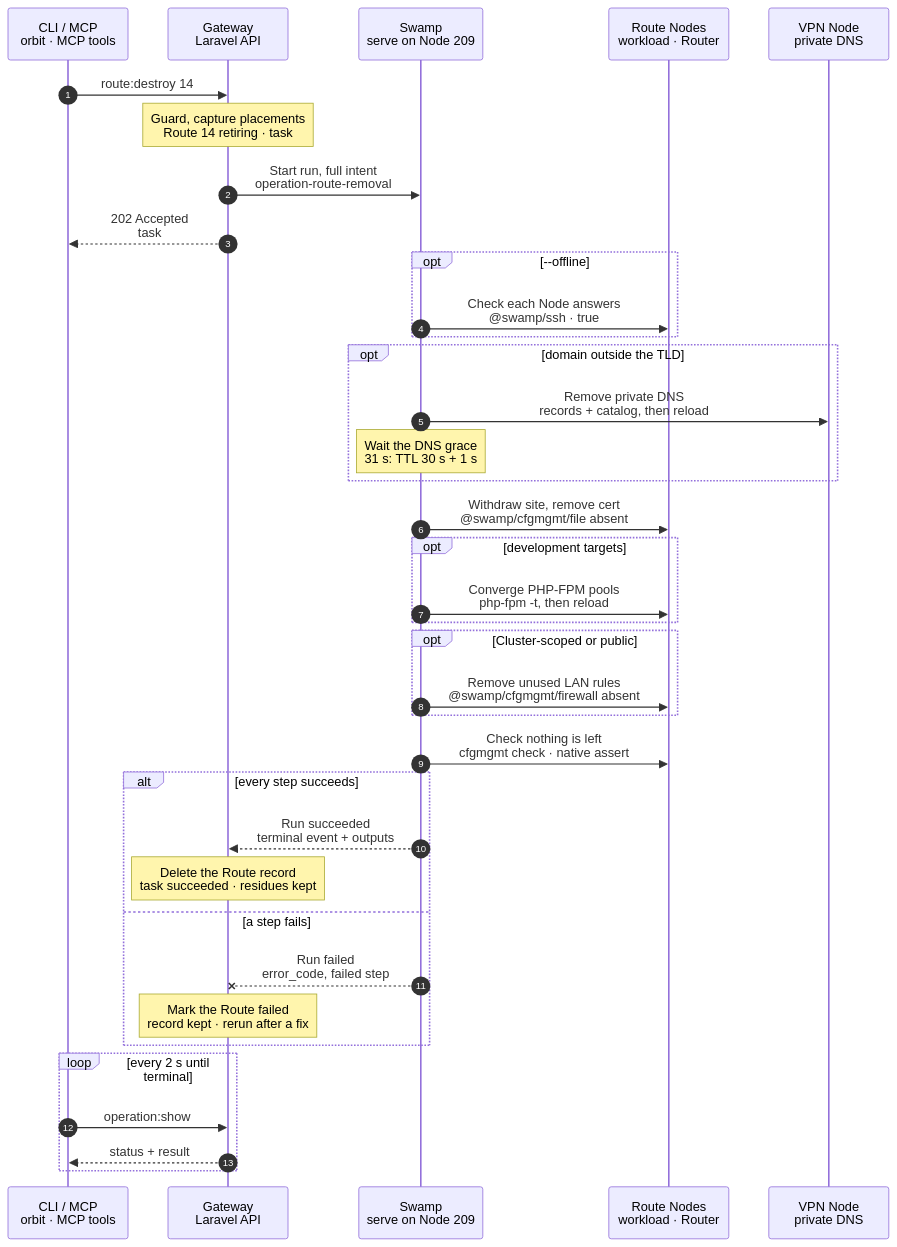
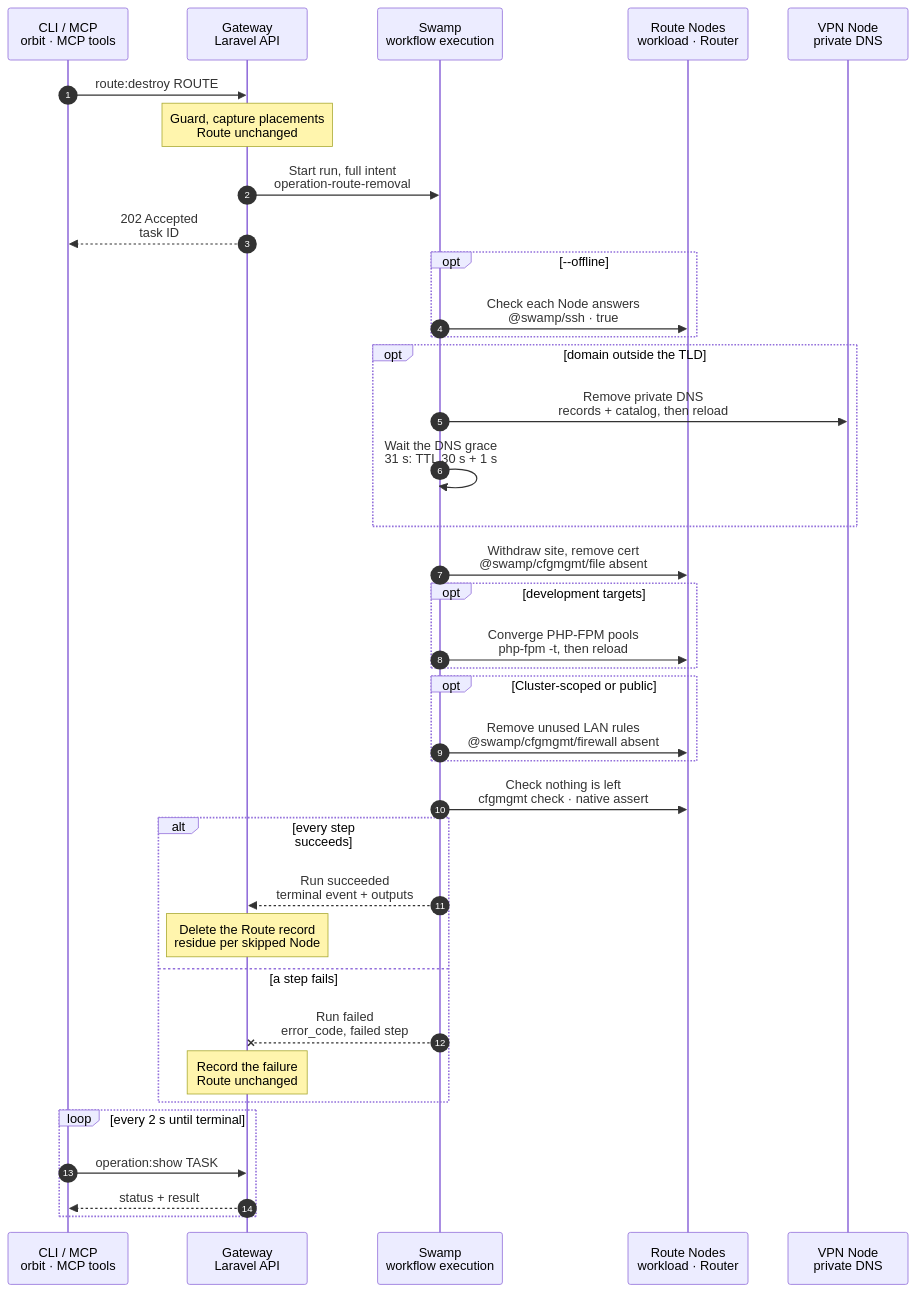
The diagram in docs/cli/route/destroy.mmd (hardimpactdev/orbit), drawn with Mermaid before and after one commit. The commit also changed 3 other files, not shown here.

Commit message:
docs(route): route:destroy is ready (chart, page, cases)

```diff
--- a/docs/cli/route/destroy.mmd
+++ b/docs/cli/route/destroy.mmd
@@ -1,47 +1,56 @@
 sequenceDiagram
-  %% Target design: Nick 2026-11-03, single-swamp-node, rules 14-25.
-  %% status: draft
+  %% Target design: ADR 0244 task, one Swamp run, official cfgmgmt behaviors and SSH argv commands. docs/reference/routes.md#remove-a-route.
+  %% status: reviewed
   %% command: route:destroy
   %% kind: route.destroy
   autonumber
   %% lane CLI icon=terminal pill=caller tone=gray
   %% lane GW icon=gateway pill=intent tone=blue
   %% lane SW icon=workflow pill=executes tone=green
   %% lane N icon=server pill=target tone=amber
   %% lane V icon=server pill=target tone=purple
   participant CLI as CLI / MCP<br/>orbit · MCP tools
   participant GW as Gateway<br/>Laravel API
-  participant SW as Swamp<br/>serve on Node 209
+  participant SW as Swamp<br/>workflow execution
   participant N as Route Nodes<br/>workload · Router
   participant V as VPN Node<br/>private DNS
-  CLI->>GW: route:destroy 14
-  Note over GW: Guard, capture placements<br/>Route 14 retiring · task #5130
+  CLI->>GW: route:destroy ROUTE
+  Note over GW: Guard, capture placements<br/>Route unchanged
+  %%> Replacement that never activated:
+  %%> - the run also restores the old domain's URL and DNS; the replaced Route stays
   GW->>SW: Start run, full intent<br/>operation-route-removal
-  GW-->>CLI: 202 Accepted<br/>task #5130
+  GW-->>CLI: 202 Accepted<br/>task ID
   opt --offline
     SW->>N: Check each Node answers<br/>@swamp/ssh · true
-    %%> An unreachable Node keeps residue for node:converge. The VPN Node is always required.
+    %%> When:
+    %%> - a Node that does not answer is skipped and keeps its residue for `node:converge`; the VPN Node is never skipped
   end
   opt domain outside the TLD
-  SW->>V: Remove private DNS<br/>records + catalog, then reload
-  Note over SW: Wait the DNS grace<br/>31 s: TTL 30 s + 1 s
+    SW->>V: Remove private DNS<br/>records + catalog, then reload
+    SW->>SW: Wait the DNS grace<br/>31 s: TTL 30 s + 1 s
   end
   SW->>N: Withdraw site, remove cert<br/>@swamp/cfgmgmt/file absent
   opt development targets
     SW->>N: Converge PHP-FPM pools<br/>php-fpm -t, then reload
   end
   opt Cluster-scoped or public
-  SW->>N: Remove unused LAN rules<br/>@swamp/cfgmgmt/firewall absent
+    SW->>N: Remove unused LAN rules<br/>@swamp/cfgmgmt/firewall absent
   end
   SW->>N: Check nothing is left<br/>cfgmgmt check · native assert
   alt every step succeeds
     SW-->>GW: Run succeeded<br/>terminal event + outputs
-    Note over GW: Delete the Route record<br/>task succeeded · residues kept
+    Note over GW: Delete the Route record<br/>residue per skipped Node
   else a step fails
     SW--xGW: Run failed<br/>error_code, failed step
-    Note over GW: Mark the Route failed<br/>record kept · rerun after a fix
+    Note over GW: Record the failure<br/>Route unchanged
+    %%> Result:
+    %%> - the task carries the failed step; the Route stays as it was, because a failed Route would render no site
+    %%> On the Nodes:
+    %%> - finished steps stay; there is no rollback
+    %%> Retry:
+    %%> - run the same command again after the fix; every step runs again from the start
   end
   loop every 2 s until terminal
-    CLI->>GW: operation:show #5130
+    CLI->>GW: operation:show TASK
     GW-->>CLI: status + result
   end
```
